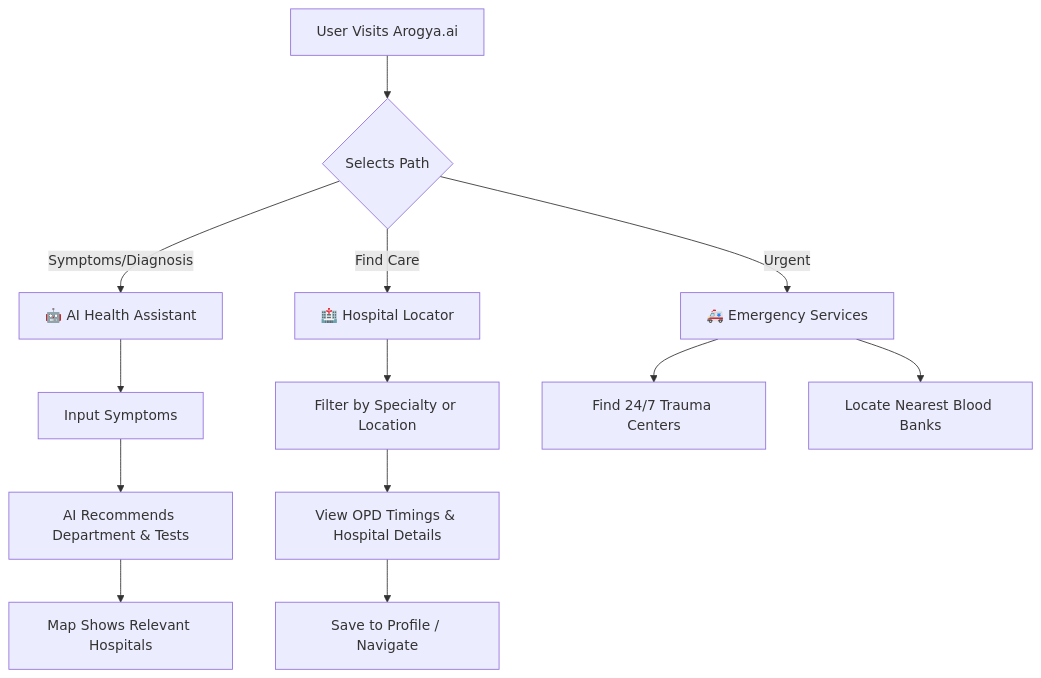
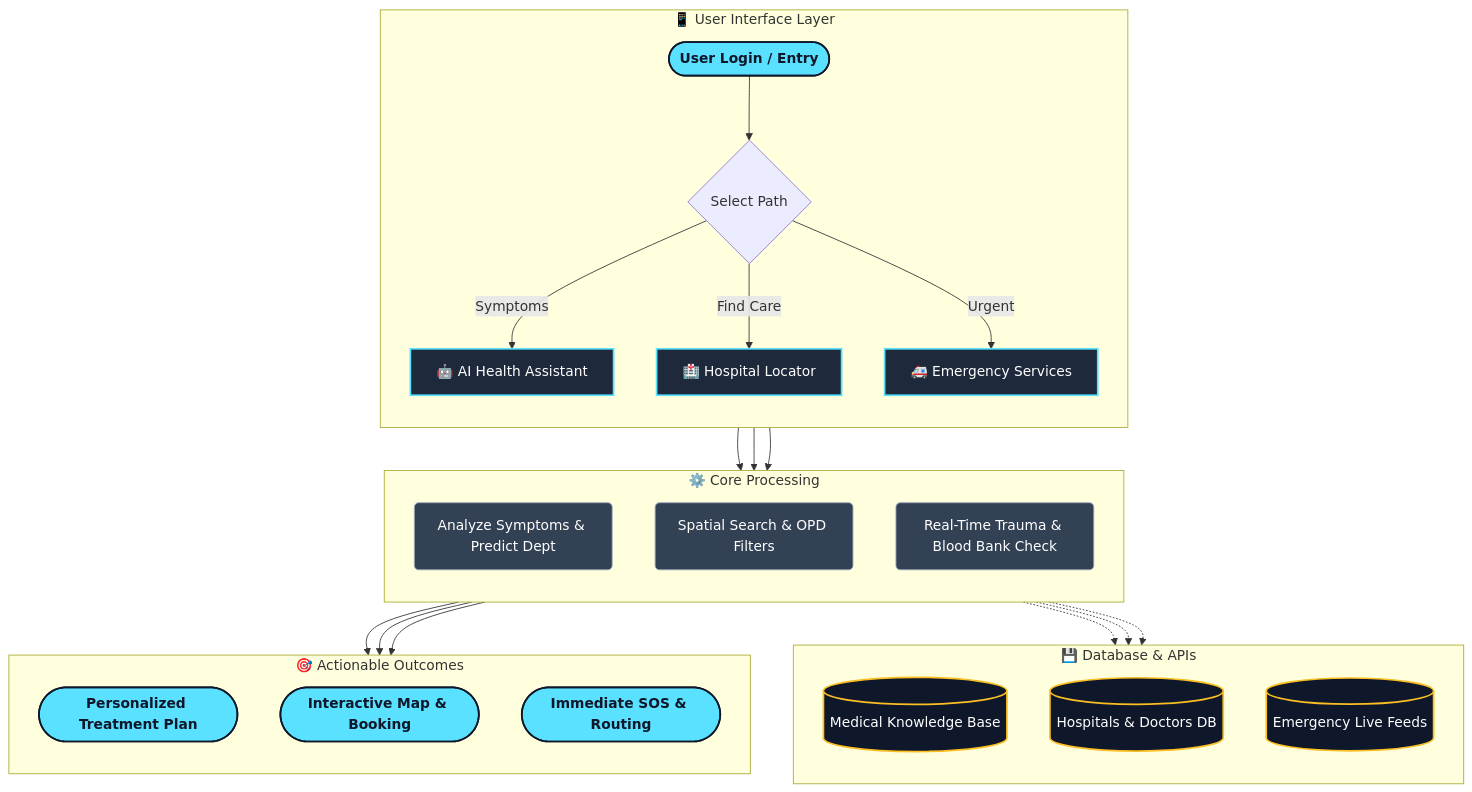
One commit to HarshitaShakya/Arogya.ai changed the diagram in README.md. Above: the diagram before and after it, drawn with Mermaid.

Commit message:
Enhance workflow structure with detailed block architecture diagram

````diff
--- a/README.md
+++ b/README.md
@@ -60,18 +60,37 @@
 ```mermaid
-graph TD
-    A[User Visits Arogya.ai] --> B{Selects Path}
-    B -->|Symptoms/Diagnosis| C[🤖 AI Health Assistant]
-    B -->|Find Care| D[🏥 Hospital Locator]
-    B -->|Urgent| E[🚑 Emergency Services]
-    
-    C --> F[Input Symptoms]
-    F --> G[AI Recommends Department & Tests]
-    G --> H[Map Shows Relevant Hospitals]
-    
-    D --> I[Filter by Specialty or Location]
-    I --> J[View OPD Timings & Hospital Details]
-    J --> K[Save to Profile / Navigate]
-    
-    E --> L[Find 24/7 Trauma Centers]
-    E --> M[Locate Nearest Blood Banks]
+flowchart TB
+    %% Styling
+    classDef userEntry fill:#59e1ff,stroke:#0f172a,stroke-width:2px,color:#0f172a,font-weight:bold
+    classDef module fill:#1e293b,stroke:#59e1ff,stroke-width:2px,color:#fff
+    classDef process fill:#334155,stroke:#94a3b8,stroke-width:1px,color:#fff
+    classDef database fill:#0f172a,stroke:#fbbf24,stroke-width:2px,color:#fff
+
+    subgraph Client [📱 User Interface Layer]
+        direction TB
+        A([User Login / Entry]):::userEntry --> B{Select Path}
+        B -->|Symptoms| C[🤖 AI Health Assistant]:::module
+        B -->|Find Care| D[🏥 Hospital Locator]:::module
+        B -->|Urgent| E[🚑 Emergency Services]:::module
+    end
+
+    subgraph Logic [⚙️ Core Processing]
+        direction TB
+        C --> F(Analyze Symptoms & Predict Dept):::process
+        D --> G(Spatial Search & OPD Filters):::process
+        E --> H(Real-Time Trauma & Blood Bank Check):::process
+    end
+
+    subgraph Data [💾 Database & APIs]
+        direction TB
+        F -.-> I[(Medical Knowledge Base)]:::database
+        G -.-> J[(Hospitals & Doctors DB)]:::database
+        H -.-> K[(Emergency Live Feeds)]:::database
+    end
+
+    subgraph Output [🎯 Actionable Outcomes]
+        direction TB
+        F --> L([Personalized Treatment Plan]):::userEntry
+        G --> M([Interactive Map & Booking]):::userEntry
+        H --> N([Immediate SOS & Routing]):::userEntry
+    end
 ```
````
